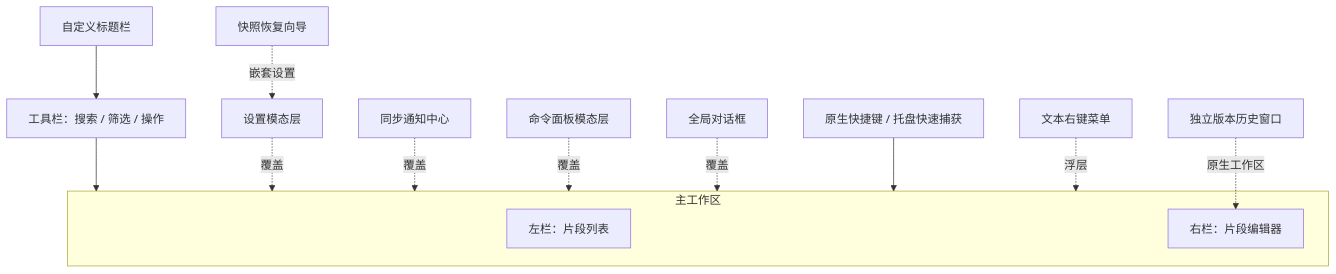
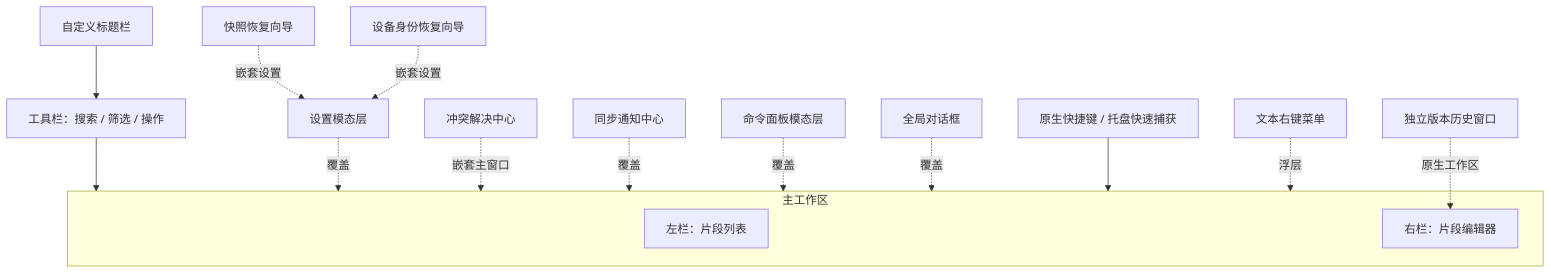
The first of 6 diagrams in docs/feature-design.md (rainerosion/snipvault), drawn with Mermaid before and after one commit. The commit also changed other lines of this file and 27 other files, not shown here.

````diff
--- a/docs/feature-design.md
+++ b/docs/feature-design.md
@@ -9,19 +9,21 @@
 ```mermaid
 flowchart TB
     TITLE[自定义标题栏]
     TOOLBAR[工具栏：搜索 / 筛选 / 操作]
     TITLE --> TOOLBAR
     TOOLBAR --> MAIN
     subgraph MAIN[主工作区]
         SIDEBAR[左栏：片段列表]
         EDITOR[右栏：片段编辑器]
     end
     SETTINGS[设置模态层] -. 覆盖 .-> MAIN
     HISTORY[独立版本历史窗口] -. 原生工作区 .-> EDITOR
     RESTORE[快照恢复向导] -. 嵌套设置 .-> SETTINGS
+    CONFLICT[冲突解决中心] -. 嵌套主窗口 .-> MAIN
+    IDENTITY[设备身份恢复向导] -. 嵌套设置 .-> SETTINGS
     INBOX[同步通知中心] -. 覆盖 .-> MAIN
     PALETTE[命令面板模态层] -. 覆盖 .-> MAIN
     DIALOG[全局对话框] -. 覆盖 .-> MAIN
     CAPTURE[原生快捷键 / 托盘快速捕获] --> MAIN
     CONTEXT[文本右键菜单] -. 浮层 .-> MAIN
 ```
````
